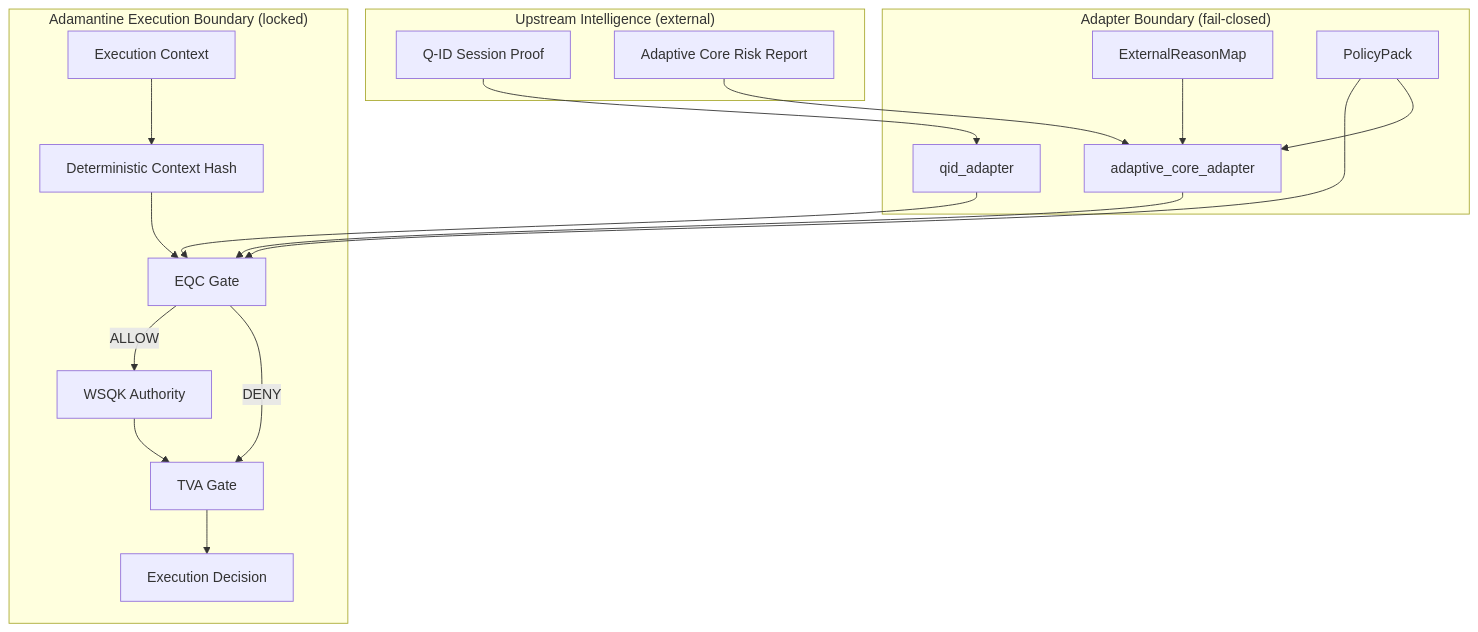
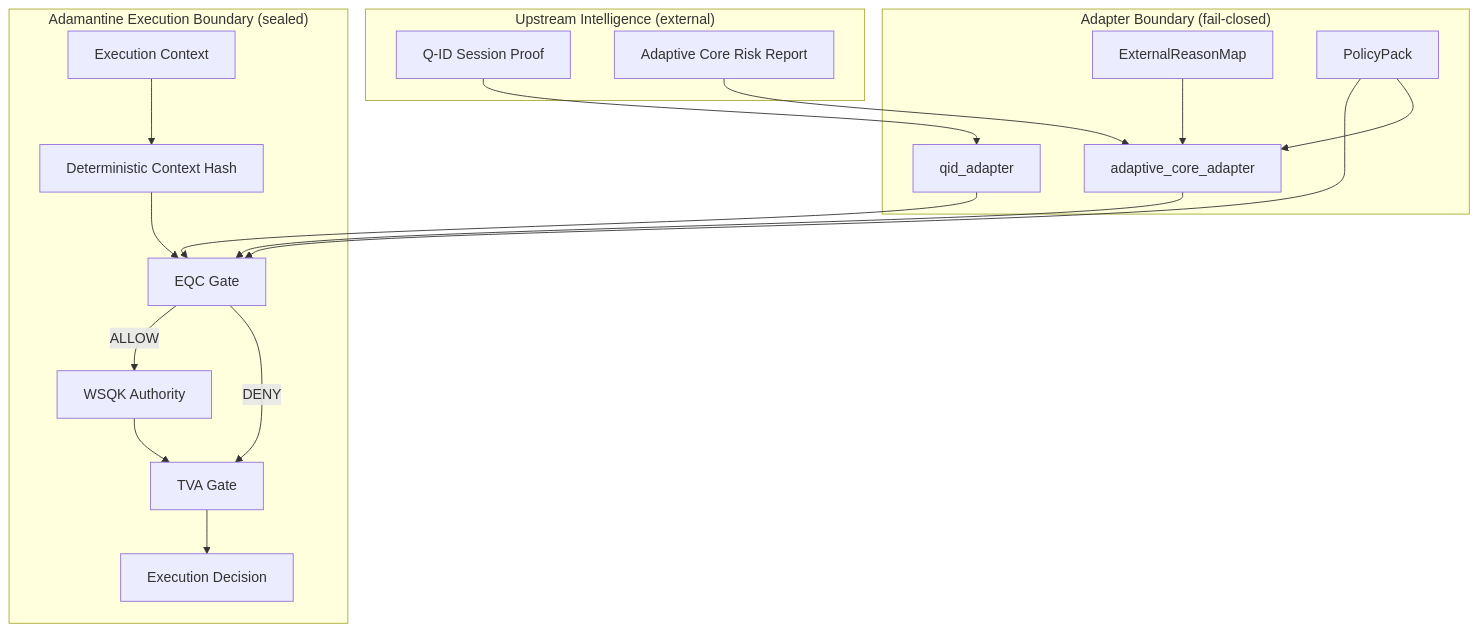
Before and after one commit to DarekDGB/DigiByte-AdamantineOS: the diagram in README.md, drawn with Mermaid. The commit also changed other lines of this file, not shown here.

Commit message:
docs: update README status to execution boundary sealed

````diff
--- a/README.md
+++ b/README.md
@@ -108,36 +108,36 @@
 ```mermaid
 flowchart TD
   subgraph Upstream["Upstream Intelligence (external)"]
     QID["Q-ID Session Proof"]
     AC["Adaptive Core Risk Report"]
   end
 
   subgraph Adapters["Adapter Boundary (fail-closed)"]
     QIDA["qid_adapter"]
     ACA["adaptive_core_adapter"]
     MAP["ExternalReasonMap"]
     PACK["PolicyPack"]
   end
 
-  subgraph Core["Adamantine Execution Boundary (locked)"]
+  subgraph Core["Adamantine Execution Boundary (sealed)"]
     CTX["Execution Context"]
     HASH["Deterministic Context Hash"]
     EQC["EQC Gate"]
     WSQK["WSQK Authority"]
     TVA["TVA Gate"]
     EXEC["Execution Decision"]
   end
 
   QID --> QIDA
   AC --> ACA
   PACK --> EQC
   PACK --> ACA
   MAP --> ACA
 
   CTX --> HASH --> EQC
   QIDA --> EQC
   ACA --> EQC
 
   EQC -->|ALLOW| WSQK --> TVA --> EXEC
   EQC -->|DENY| TVA
 ```
````
